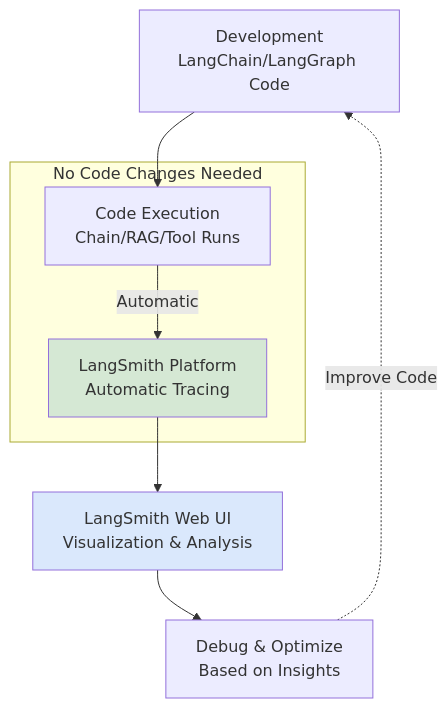
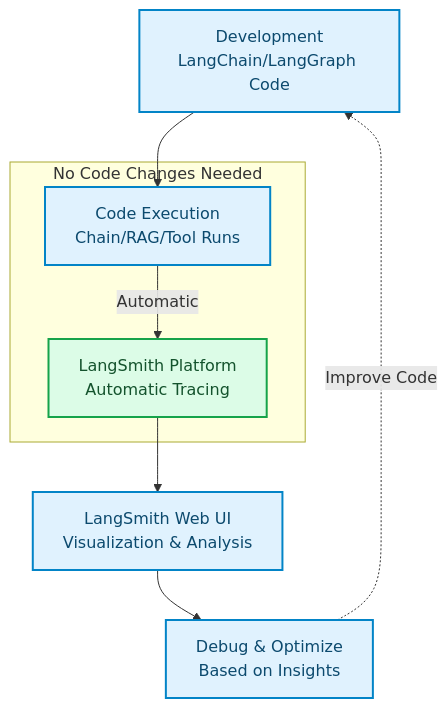
One commit to ralf-42/Agenten changed the first of 5 diagrams in docs/05-frameworks/einsteiger-langsmith.md. Above: the diagram before and after it, drawn with Mermaid. The commit also changed other lines of this file and 15 other files, not shown here.

````diff
--- a/docs/05-frameworks/einsteiger-langsmith.md
+++ b/docs/05-frameworks/einsteiger-langsmith.md
@@ -45,22 +45,23 @@
 ```mermaid
 flowchart TB
     DEV[Development<br/>LangChain/LangGraph Code]
     RUN[Code Execution<br/>Chain/RAG/Tool Runs]
     LANGSMITH[LangSmith Platform<br/>Automatic Tracing]
     UI[LangSmith Web UI<br/>Visualization & Analysis]
     DEBUG[Debug & Optimize<br/>Based on Insights]
 
     DEV --> RUN
     RUN -->|Automatic| LANGSMITH
     LANGSMITH --> UI
     UI --> DEBUG
     DEBUG -.Improve Code.-> DEV
 
     subgraph "No Code Changes Needed"
         RUN
         LANGSMITH
     end
 
-    style LANGSMITH fill:#d5e8d4
-    style UI fill:#dae8fc
+    classDef default fill:#e0f2fe,stroke:#0284c7,stroke-width:2px,color:#0c4a6e;
+    classDef output fill:#dcfce7,stroke:#16a34a,stroke-width:2px,color:#14532d;
+    class LANGSMITH output;
 ```
````
